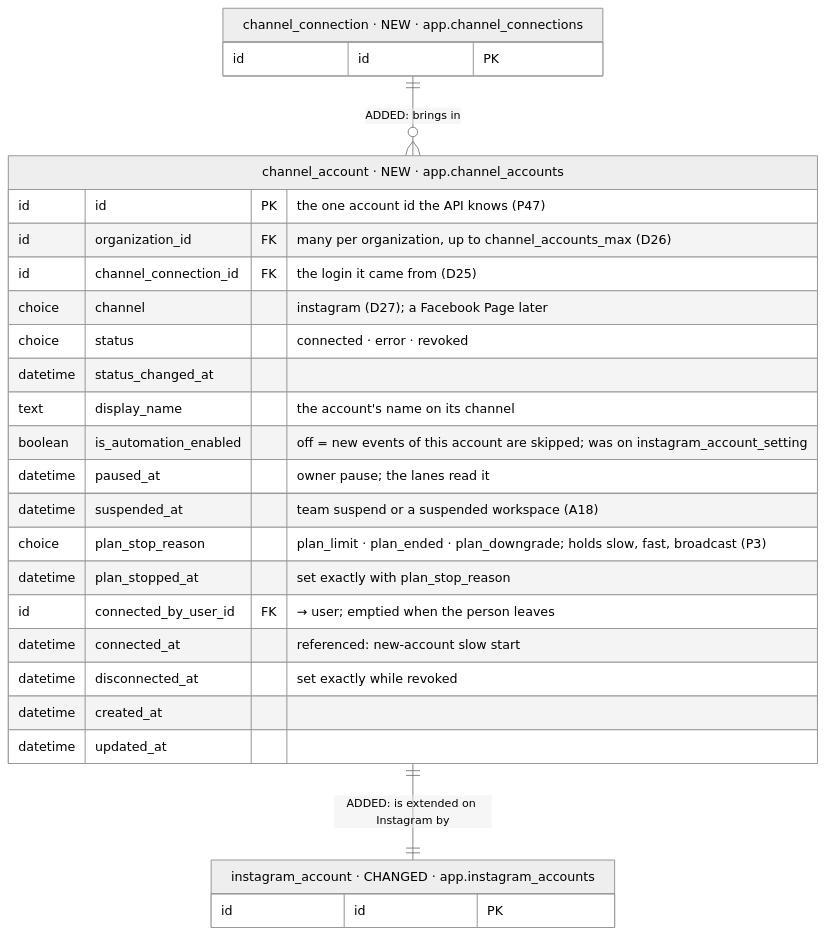
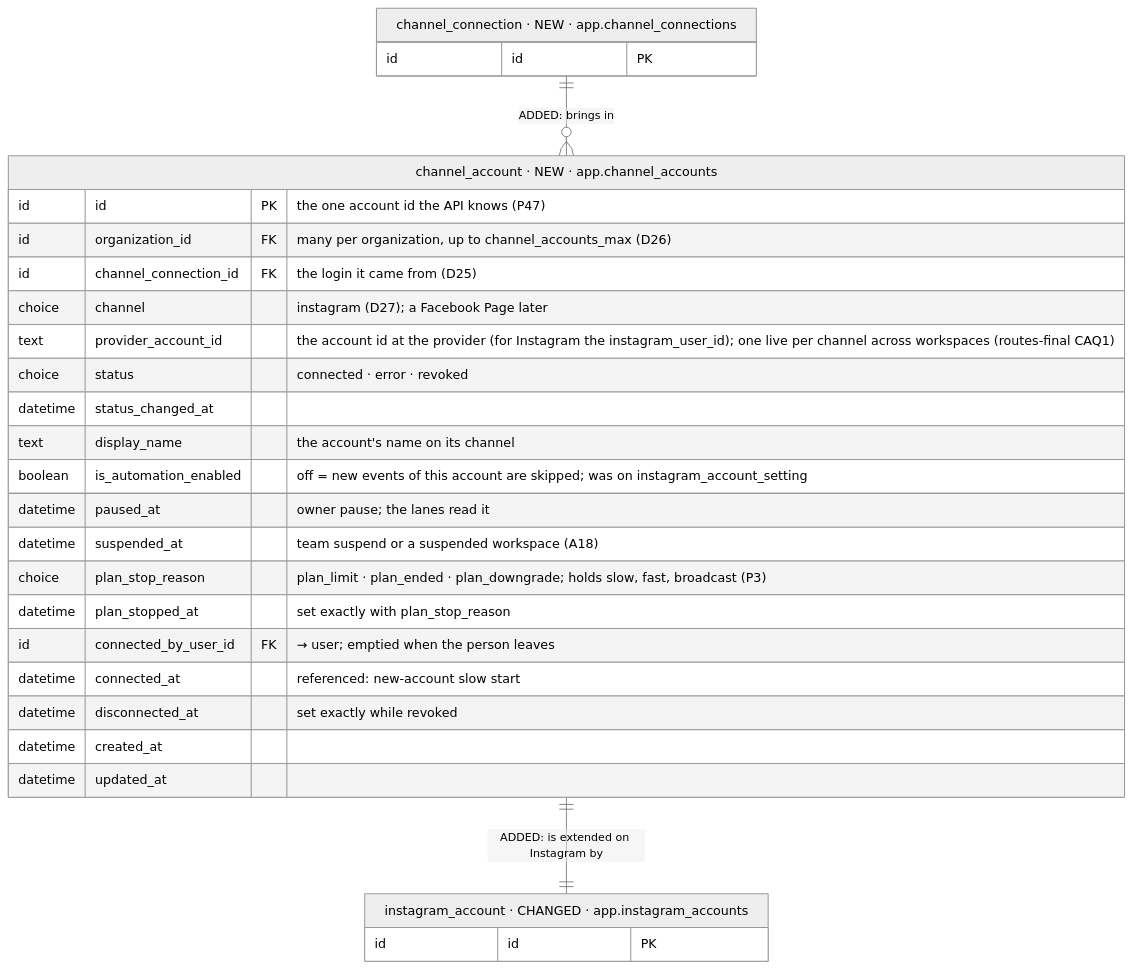
The fourth of 40 diagrams in iterations/feat-instagram-dm-sending-2026-11-23-oxak/plans/db-changes.md (albetrios/meepzo-be), drawn with Mermaid (neutral theme) before and after one commit. The commit also changed other lines of this file and 1 other file, not shown here.

First line of the commit message:
docs(iterations): route review rev 2 of the DM sending plan - the channel split

````diff
--- a/iterations/feat-instagram-dm-sending-2026-11-23-oxak/plans/db-changes.md
+++ b/iterations/feat-instagram-dm-sending-2026-11-23-oxak/plans/db-changes.md
@@ -333,30 +333,31 @@
 ```mermaid
 erDiagram
   channel_account["channel_account · NEW · app.channel_accounts"] {
     id id PK "the one account id the API knows (P47)"
     id organization_id FK "many per organization, up to channel_accounts_max (D26)"
     id channel_connection_id FK "the login it came from (D25)"
     choice channel "instagram (D27); a Facebook Page later"
+    text provider_account_id "the account id at the provider (for Instagram the instagram_user_id); one live per channel across workspaces (routes-final CAQ1)"
     choice status "connected · error · revoked"
     datetime status_changed_at
     text display_name "the account's name on its channel"
     boolean is_automation_enabled "off = new events of this account are skipped; was on instagram_account_setting"
     datetime paused_at "owner pause; the lanes read it"
     datetime suspended_at "team suspend or a suspended workspace (A18)"
     choice plan_stop_reason "plan_limit · plan_ended · plan_downgrade; holds slow, fast, broadcast (P3)"
     datetime plan_stopped_at "set exactly with plan_stop_reason"
     id connected_by_user_id FK "→ user; emptied when the person leaves"
     datetime connected_at "referenced: new-account slow start"
     datetime disconnected_at "set exactly while revoked"
     datetime created_at
     datetime updated_at
   }
   channel_connection["channel_connection · NEW · app.channel_connections"] {
     id id PK
   }
   instagram_account["instagram_account · CHANGED · app.instagram_accounts"] {
     id id PK
   }
   channel_connection ||--o{ channel_account : "ADDED: brings in"
   channel_account ||--|| instagram_account : "ADDED: is extended on Instagram by"
 ```
````
